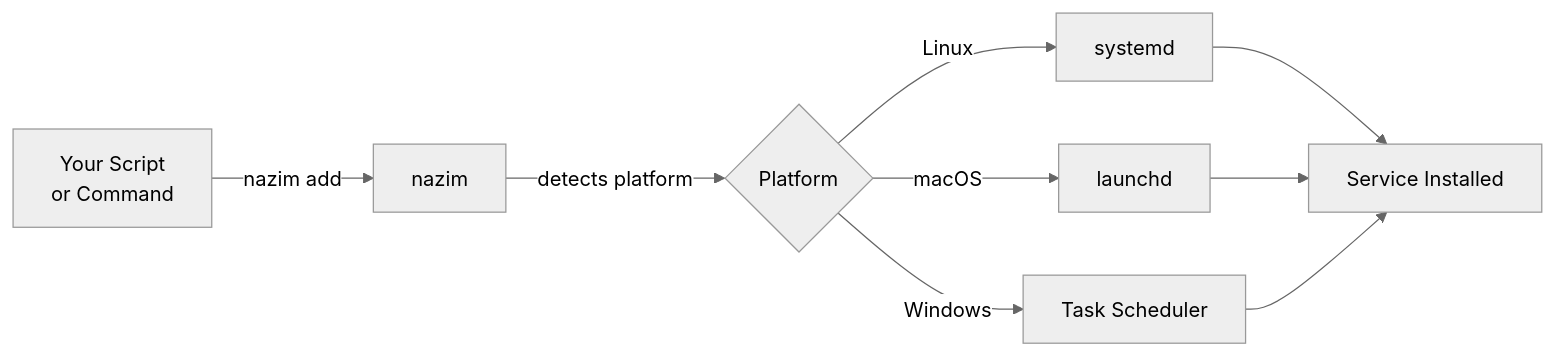
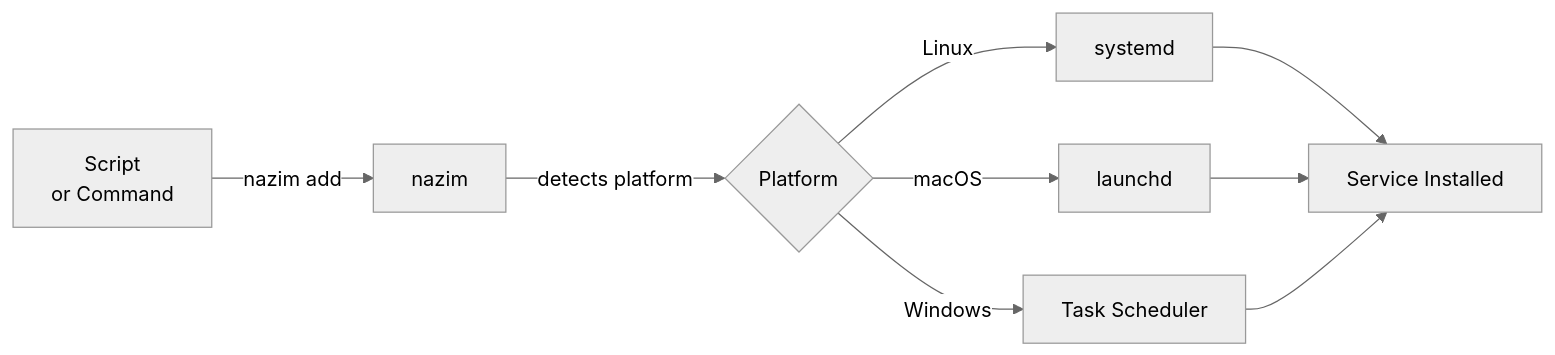
Before and after one commit to calilkhalil/nazim: the diagram in README.md, drawn with Mermaid (neutral theme).

Commit message:
docs: simplify diagram label

````diff
--- a/README.md
+++ b/README.md
@@ -21,11 +21,11 @@
 ```mermaid
 flowchart LR
-    A[Your Script<br/>or Command] -->|nazim add| B[nazim]
+    A[Script<br/>or Command] -->|nazim add| B[nazim]
     B -->|detects platform| C{Platform}
     C -->|Linux| D[systemd]
     C -->|macOS| E[launchd]
     C -->|Windows| F[Task Scheduler]
     D --> G[Service Installed]
     E --> G
     F --> G
 ```
````
